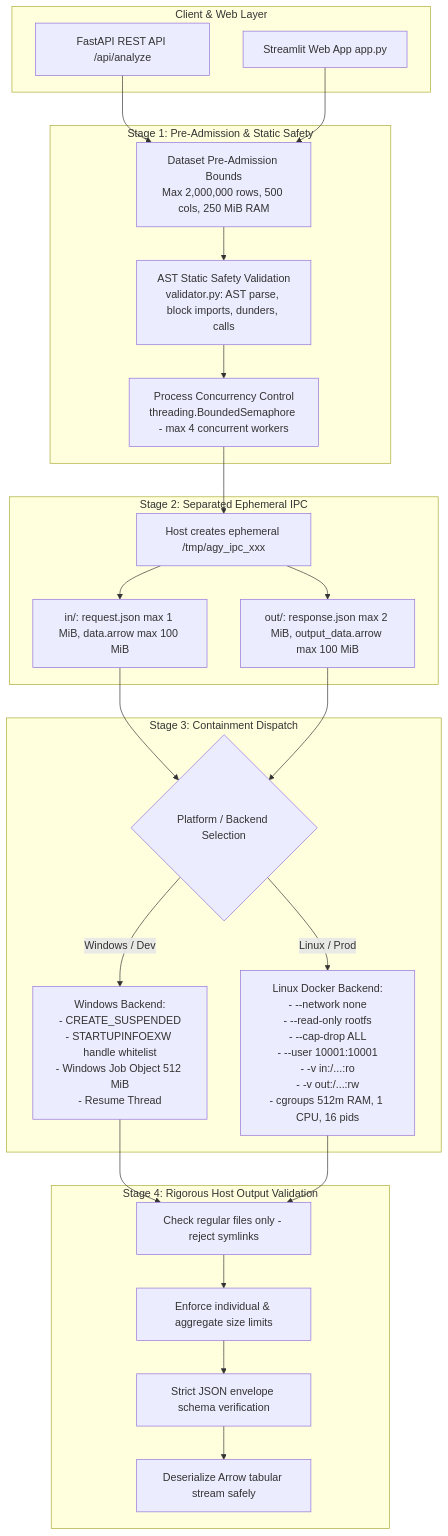
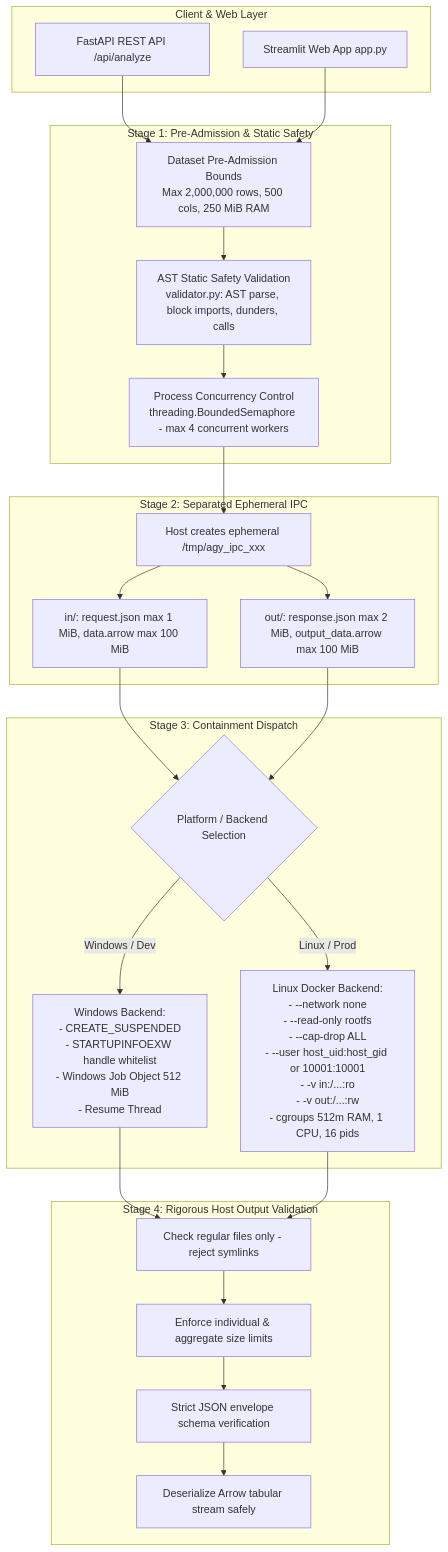
One commit to Aashi0105/Ai-data-analyst-agent changed the diagram in docs/sandbox_architecture.md. Above: the diagram before and after it, drawn with Mermaid. The commit also changed other lines of this file and 2 other files, not shown here.

````diff
--- a/docs/sandbox_architecture.md
+++ b/docs/sandbox_architecture.md
@@ -10,40 +10,40 @@
 ```mermaid
 flowchart TD
     subgraph ClientLayer [Client & Web Layer]
         A1[FastAPI REST API /api/analyze]
         A2[Streamlit Web App app.py]
     end
 
     subgraph Admission [Stage 1: Pre-Admission & Static Safety]
         B1[Dataset Pre-Admission Bounds<br/>Max 2,000,000 rows, 500 cols, 250 MiB RAM]
         B2[AST Static Safety Validation<br/>validator.py: AST parse, block imports, dunders, calls]
         B3[Process Concurrency Control<br/>threading.BoundedSemaphore - max 4 concurrent workers]
     end
 
     subgraph Serialization [Stage 2: Separated Ephemeral IPC]
         C1[Host creates ephemeral /tmp/agy_ipc_xxx]
         C2[in/: request.json max 1 MiB, data.arrow max 100 MiB]
         C3[out/: response.json max 2 MiB, output_data.arrow max 100 MiB]
     end
 
     subgraph Dispatch [Stage 3: Containment Dispatch]
         D1{Platform / Backend Selection}
         D2[Windows Backend:<br/>- CREATE_SUSPENDED<br/>- STARTUPINFOEXW handle whitelist<br/>- Windows Job Object 512 MiB<br/>- Resume Thread]
-        D3[Linux Docker Backend:<br/>- --network none<br/>- --read-only rootfs<br/>- --cap-drop ALL<br/>- --user 10001:10001<br/>- -v in:/...:ro<br/>- -v out:/...:rw<br/>- cgroups 512m RAM, 1 CPU, 16 pids]
+        D3[Linux Docker Backend:<br/>- --network none<br/>- --read-only rootfs<br/>- --cap-drop ALL<br/>- --user host_uid:host_gid or 10001:10001<br/>- -v in:/...:ro<br/>- -v out:/...:rw<br/>- cgroups 512m RAM, 1 CPU, 16 pids]
     end
 
     subgraph HostValidation [Stage 4: Rigorous Host Output Validation]
         E1[Check regular files only - reject symlinks]
         E2[Enforce individual & aggregate size limits]
         E3[Strict JSON envelope schema verification]
         E4[Deserialize Arrow tabular stream safely]
     end
 
     A1 --> B1
     A2 --> B1
     B1 --> B2 --> B3 --> C1
     C1 --> C2 & C3 --> D1
     D1 -- Windows / Dev --> D2
     D1 -- Linux / Prod --> D3
     D2 & D3 --> E1 --> E2 --> E3 --> E4
 ```
````
